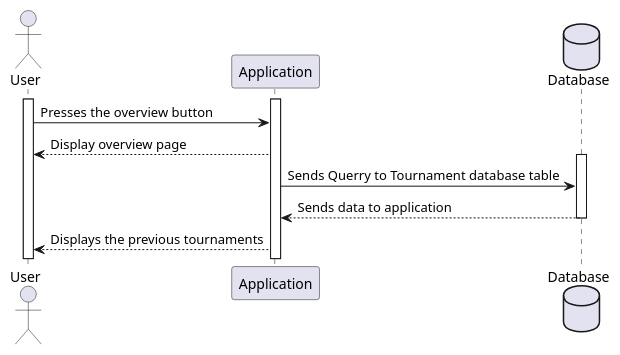
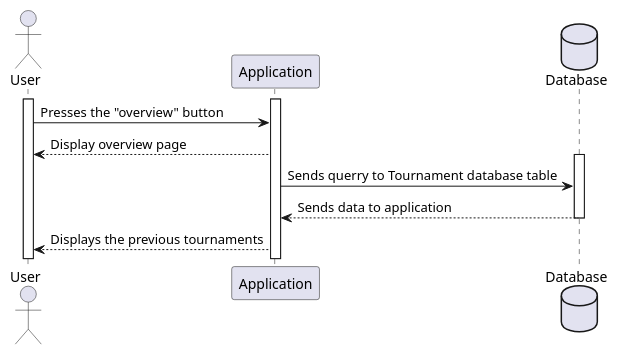
One commit to itzMesh/DCST1008-Prosjekt changed the diagram in ProjektUML/SequencediagramUserAppData/sequence_diagram_overview.wsd. Above: the diagram before and after it, drawn with PlantUML. The commit also changed 15 other files, not shown here.

```diff
--- a/ProjektUML/SequencediagramUserAppData/sequence_diagram_overview.wsd
+++ b/ProjektUML/SequencediagramUserAppData/sequence_diagram_overview.wsd
@@ -1,23 +1,23 @@
 @startuml SequenceOpen 
 
 actor User as U
 participant Application as A
 database Database as D
 
 activate U
 activate A
 
-U->A: Presses the overview button
+U->A: Presses the "overview" button
 A-->U:Display overview page
 activate D
-A->D: Sends Querry to Tournament database table
+A->D: Sends querry to Tournament database table
 D-->A: Sends data to application
 deactivate D
 A-->U: Displays the previous tournaments
 
 
 
 
 
 
 @endumel
```
